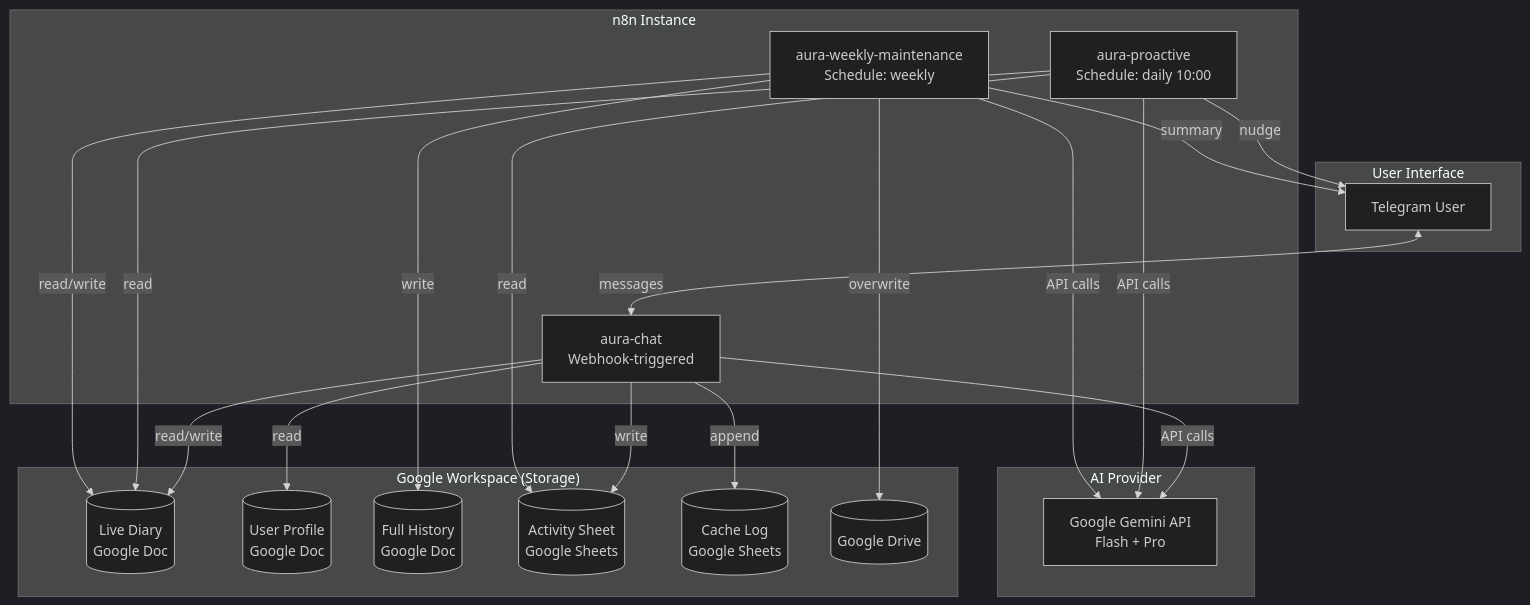
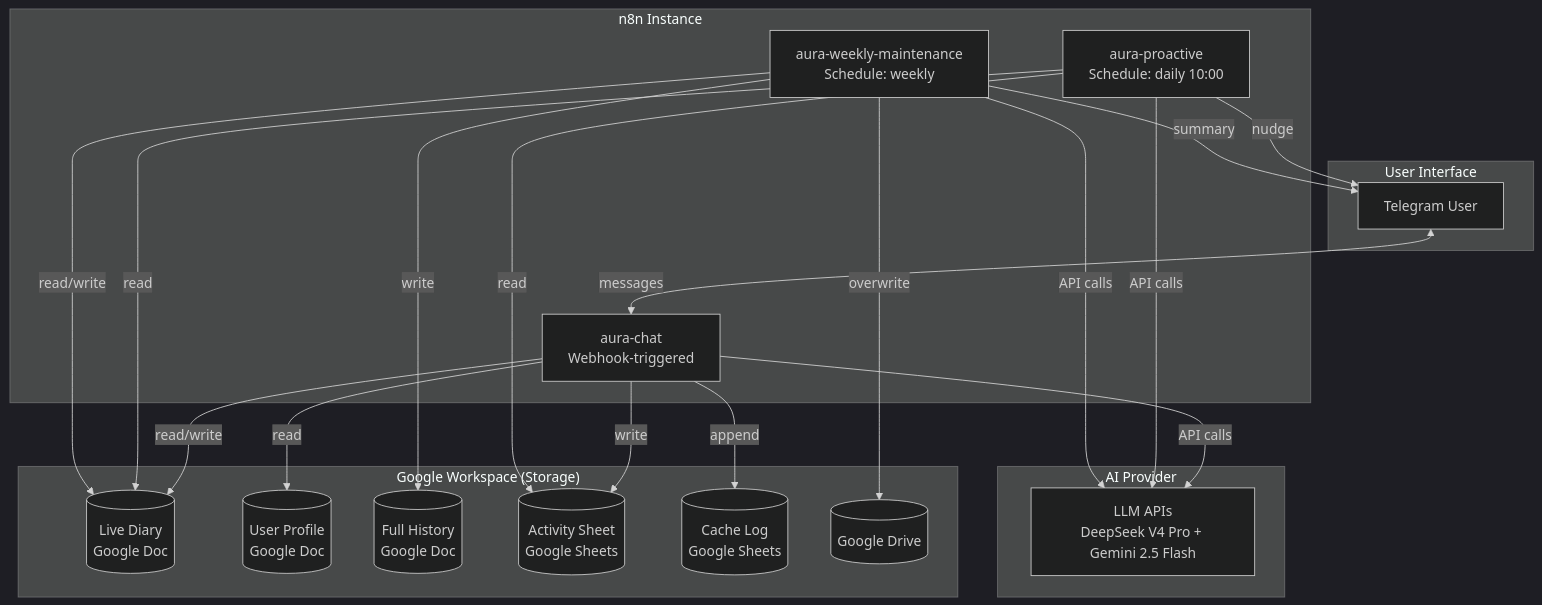
The first of 4 diagrams in docs/ARCHITECTURE.md (Vojta01/aura-therapist), drawn with Mermaid (dark theme) before and after one commit. The commit also changed other lines of this file and 2 other files, not shown here.

First line of the commit message:
docs: document DeepSeek chat, empty-response retry, updated cost model

````diff
--- a/docs/ARCHITECTURE.md
+++ b/docs/ARCHITECTURE.md
@@ -7,44 +7,44 @@
 ```mermaid
 graph TB
     subgraph "User Interface"
         TG[Telegram User]
     end
 
     subgraph "n8n Instance"
         W1[aura-chat<br/>Webhook-triggered]
         W2[aura-proactive<br/>Schedule: daily 10:00]
         W3[aura-weekly-maintenance<br/>Schedule: weekly]
     end
 
     subgraph "Google Workspace (Storage)"
         D1[(Live Diary<br/>Google Doc)]
         D2[(User Profile<br/>Google Doc)]
         D3[(Full History<br/>Google Doc)]
         S1[(Activity Sheet<br/>Google Sheets)]
         S2[(Cache Log<br/>Google Sheets)]
         G1[(Google Drive)]
     end
 
     subgraph "AI Provider"
-        AI[Google Gemini API<br/>Flash + Pro]
+        AI[LLM APIs<br/>DeepSeek V4 Pro + Gemini 2.5 Flash]
     end
 
     TG <-->|messages| W1
     W2 -->|nudge| TG
     W3 -->|summary| TG
 
     W1 -->|read/write| D1
     W1 -->|read| D2
     W1 -->|write| S1
     W1 -->|append| S2
     W1 -->|API calls| AI
 
     W2 -->|read| S1
     W2 -->|read| D1
     W2 -->|API calls| AI
 
     W3 -->|read/write| D1
     W3 -->|write| D3
     W3 -->|API calls| AI
     W3 -->|overwrite| G1
 ```
````
